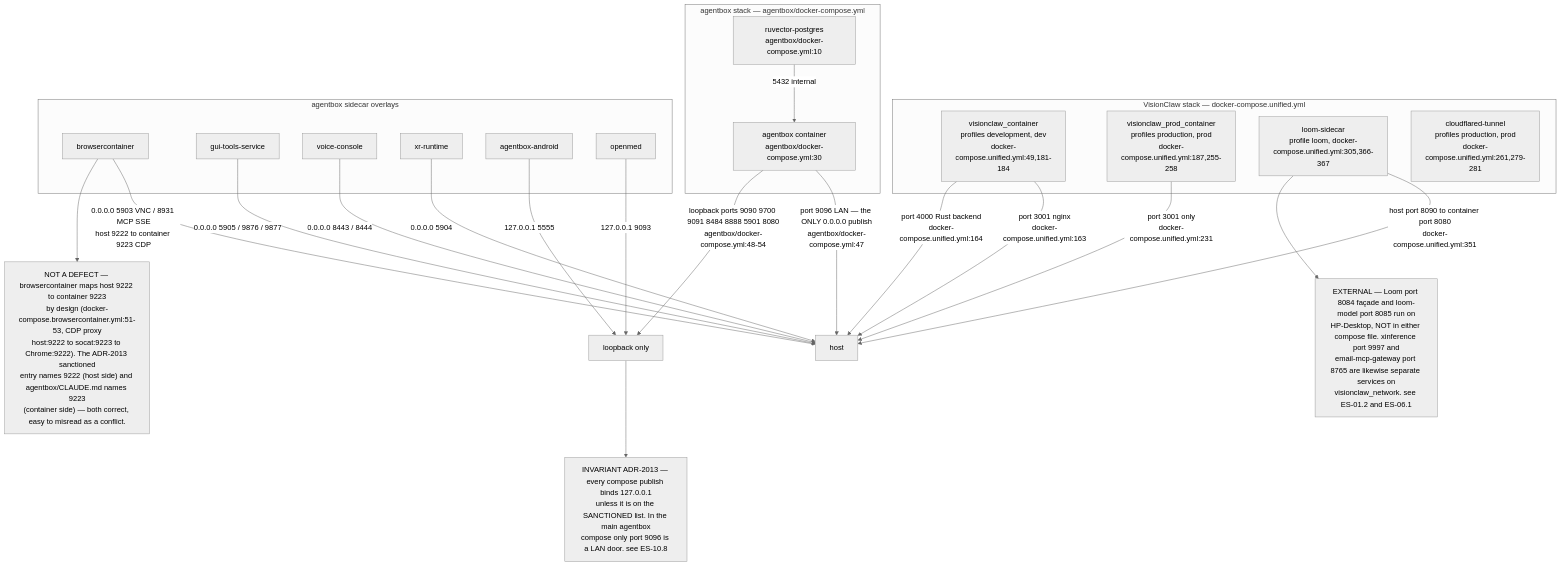
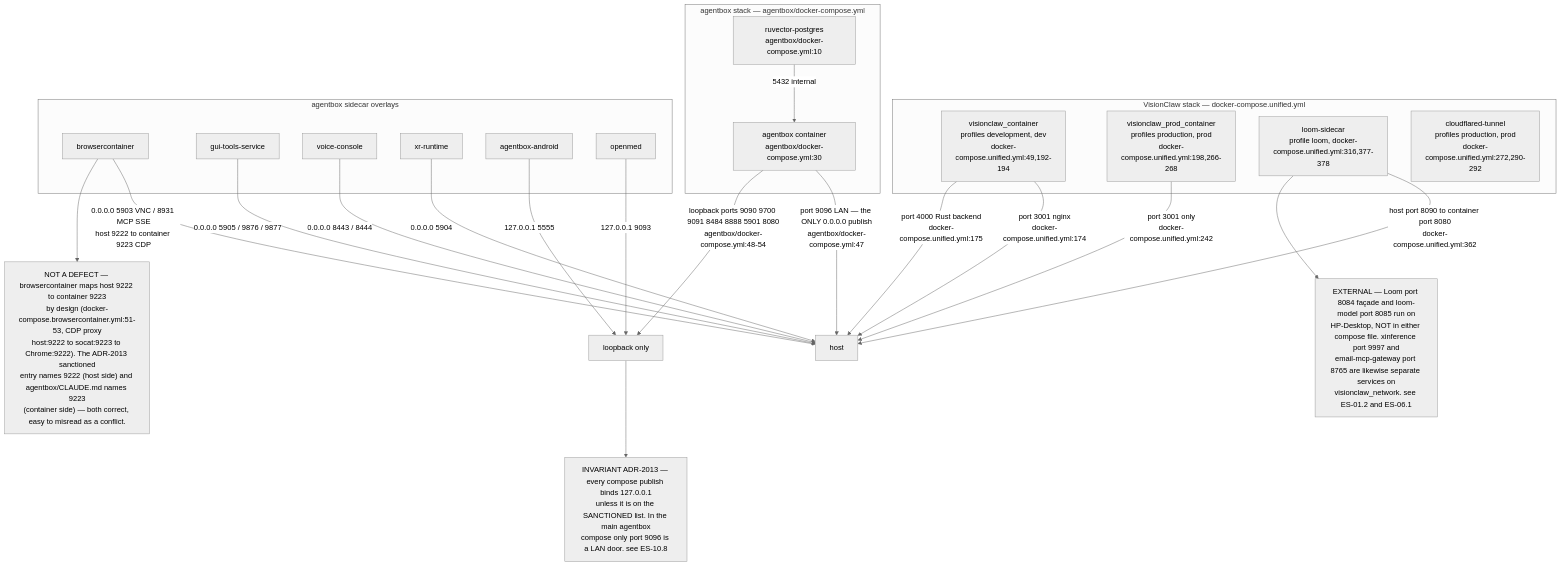
The third of 8 diagrams in docs/diagrams/estate/01-estate-topology.md (DreamLab-AI/VisionFlow), drawn with Mermaid (neutral theme) before and after one commit. The commit also changed other lines of this file and 94 other files, not shown here.

First line of the commit message:
docs(diagrams): re-verify 130 topics against 2 October HEADs

````diff
--- a/docs/diagrams/estate/01-estate-topology.md
+++ b/docs/diagrams/estate/01-estate-topology.md
@@ -121,43 +121,43 @@
 ```mermaid
 flowchart TB
     subgraph vcstack["VisionClaw stack — docker-compose.unified.yml"]
-        VCD["visionclaw_container<br/>profiles development, dev<br/>docker-compose.unified.yml:49,181-184"]
-        VCP["visionclaw_prod_container<br/>profiles production, prod<br/>docker-compose.unified.yml:187,255-258"]
-        LOOMB["loom-sidecar<br/>profile loom, docker-compose.unified.yml:305,366-367"]
-        CFT["cloudflared-tunnel<br/>profiles production, prod<br/>docker-compose.unified.yml:261,279-281"]
+        VCD["visionclaw_container<br/>profiles development, dev<br/>docker-compose.unified.yml:49,192-194"]
+        VCP["visionclaw_prod_container<br/>profiles production, prod<br/>docker-compose.unified.yml:198,266-268"]
+        LOOMB["loom-sidecar<br/>profile loom, docker-compose.unified.yml:316,377-378"]
+        CFT["cloudflared-tunnel<br/>profiles production, prod<br/>docker-compose.unified.yml:272,290-292"]
     end
     subgraph abstack["agentbox stack — agentbox/docker-compose.yml"]
         ABC["agentbox container<br/>agentbox/docker-compose.yml:30"]
         RPG["ruvector-postgres<br/>agentbox/docker-compose.yml:10"]
     end
     subgraph sidecars["agentbox sidecar overlays"]
         BC["browsercontainer"]
         GT["gui-tools-service"]
         VCON["voice-console"]
         XRR["xr-runtime"]
         AND["agentbox-android"]
         OM["openmed"]
     end
 
-    VCD -->|"port 3001 nginx<br/>docker-compose.unified.yml:163"| EXT1["host"]
-    VCD -->|"port 4000 Rust backend<br/>docker-compose.unified.yml:164"| EXT1
-    VCP -->|"port 3001 only<br/>docker-compose.unified.yml:231"| EXT1
-    LOOMB -->|"host port 8090 to container port 8080<br/>docker-compose.unified.yml:351"| EXT1
+    VCD -->|"port 3001 nginx<br/>docker-compose.unified.yml:174"| EXT1["host"]
+    VCD -->|"port 4000 Rust backend<br/>docker-compose.unified.yml:175"| EXT1
+    VCP -->|"port 3001 only<br/>docker-compose.unified.yml:242"| EXT1
+    LOOMB -->|"host port 8090 to container port 8080<br/>docker-compose.unified.yml:362"| EXT1
     ABC -->|"port 9096 LAN — the ONLY 0.0.0.0 publish<br/>agentbox/docker-compose.yml:47"| EXT1
     ABC -->|"loopback ports 9090 9700 9091 8484 8888 5901 8080<br/>agentbox/docker-compose.yml:48-54"| LOOPBACK["loopback only"]
     RPG -->|"5432 internal"| ABC
     BC -->|"0.0.0.0 5903 VNC / 8931 MCP SSE<br/>host 9222 to container 9223 CDP"| EXT1
     GT -->|"0.0.0.0 5905 / 9876 / 9877"| EXT1
     VCON -->|"0.0.0.0 8443 / 8444"| EXT1
     XRR -->|"0.0.0.0 5904"| EXT1
     AND -->|"127.0.0.1 5555"| LOOPBACK
     OM -->|"127.0.0.1 9093"| LOOPBACK
 
     INV["INVARIANT ADR-2013 — every compose publish binds 127.0.0.1<br/>unless it is on the SANCTIONED list. In the main agentbox<br/>compose only port 9096 is a LAN door. see ES-10.8"]
     D1["NOT A DEFECT — browsercontainer maps host 9222 to container 9223<br/>by design (docker-compose.browsercontainer.yml:51-53, CDP proxy<br/>host:9222 to socat:9223 to Chrome:9222). The ADR-2013 sanctioned<br/>entry names 9222 (host side) and agentbox/CLAUDE.md names 9223<br/>(container side) — both correct, easy to misread as a conflict."]
     D2["EXTERNAL — Loom port 8084 façade and loom-model port 8085 run on<br/>HP-Desktop, NOT in either compose file. xinference port 9997 and<br/>email-mcp-gateway port 8765 are likewise separate services on<br/>visionclaw_network. see ES-01.2 and ES-06.1"]
 
     LOOPBACK --> INV
     BC --> D1
     LOOMB --> D2
 ```
````
